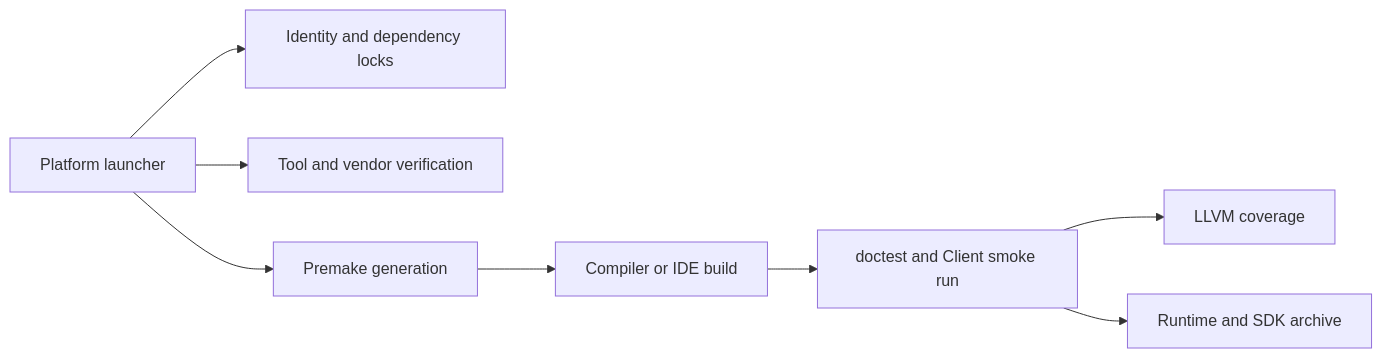
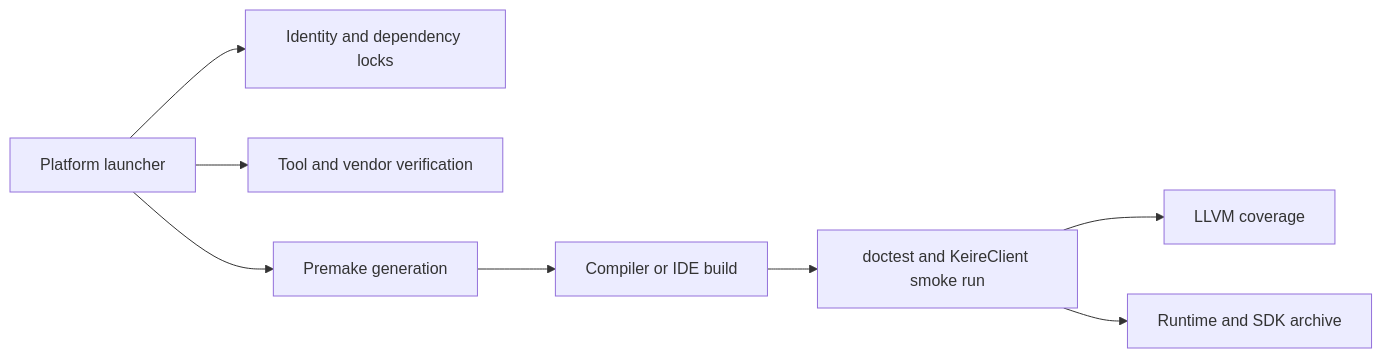
The diagram in docs/Architecture.md (hcfgod/KeireEngine), drawn with Mermaid before and after one commit. The commit also changed other lines of this file and 105 other files, not shown here.

````diff
--- a/docs/Architecture.md
+++ b/docs/Architecture.md
@@ -11,10 +11,10 @@
 ```mermaid
 flowchart LR
     Launcher["Platform launcher"] --> Identity["Identity and dependency locks"]
     Launcher --> Bootstrap["Tool and vendor verification"]
     Launcher --> Generate["Premake generation"]
     Generate --> Build["Compiler or IDE build"]
-    Build --> Tests["doctest and Client smoke run"]
-    Tests --> Coverage["LLVM coverage"]
-    Tests --> Package["Runtime and SDK archive"]
+    Build --> KeireTests["doctest and KeireClient smoke run"]
+    KeireTests --> Coverage["LLVM coverage"]
+    KeireTests --> Package["Runtime and SDK archive"]
 ```
````
